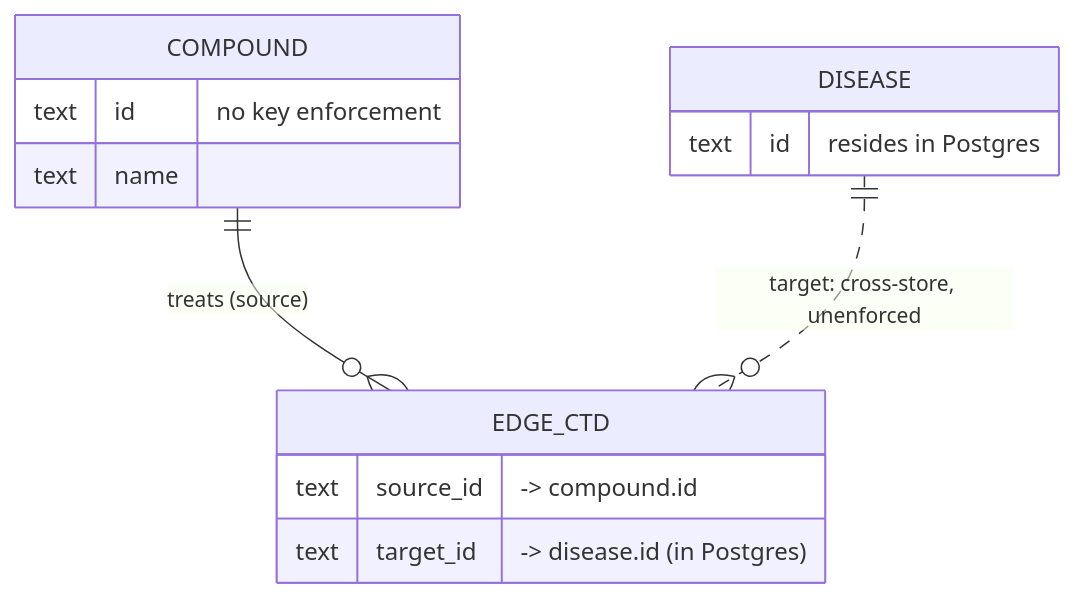
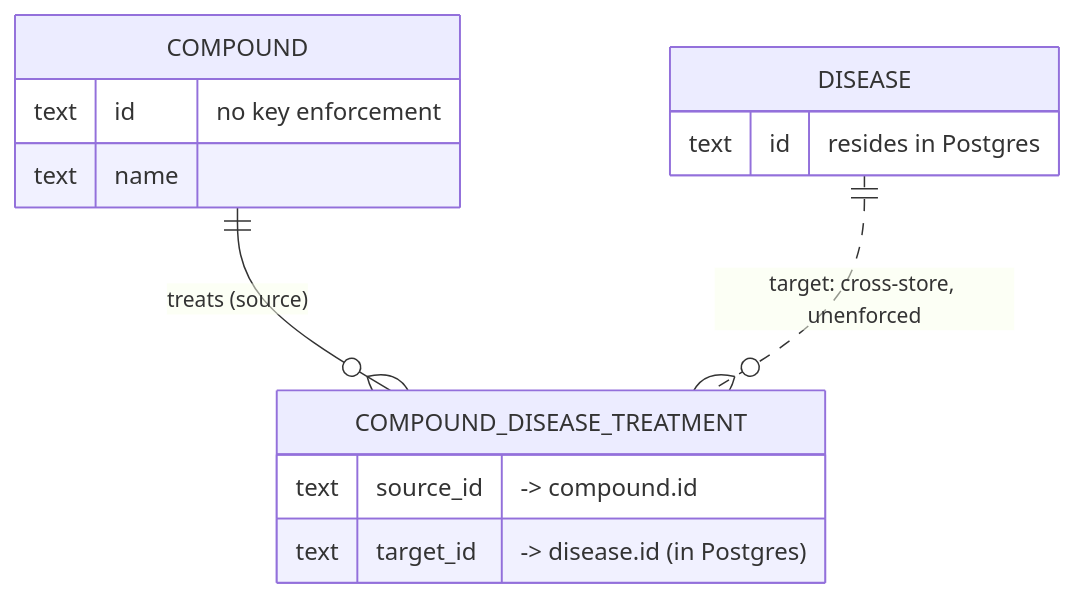
The second of 3 diagrams in README.md (joseph-higaki/virtual-knowledge-graph-connectivity), drawn with Mermaid before and after one commit. The commit also changed other lines of this file and 3 other files, not shown here.

First line of the commit message:
refactor(schema): rename edge tables to relational association names

````diff
--- a/README.md
+++ b/README.md
@@ -114,17 +114,17 @@
 ```mermaid
 erDiagram
     COMPOUND {
         text id "no key enforcement"
         text name
     }
-    EDGE_CTD {
+    COMPOUND_DISEASE_TREATMENT {
         text source_id "-> compound.id"
         text target_id "-> disease.id (in Postgres)"
     }
     DISEASE {
         text id "resides in Postgres"
     }
 
-    COMPOUND ||--o{ EDGE_CTD : "treats (source)"
-    DISEASE  ||..o{ EDGE_CTD : "target: cross-store, unenforced"
+    COMPOUND ||--o{ COMPOUND_DISEASE_TREATMENT : "treats (source)"
+    DISEASE  ||..o{ COMPOUND_DISEASE_TREATMENT : "target: cross-store, unenforced"
 ```
````
